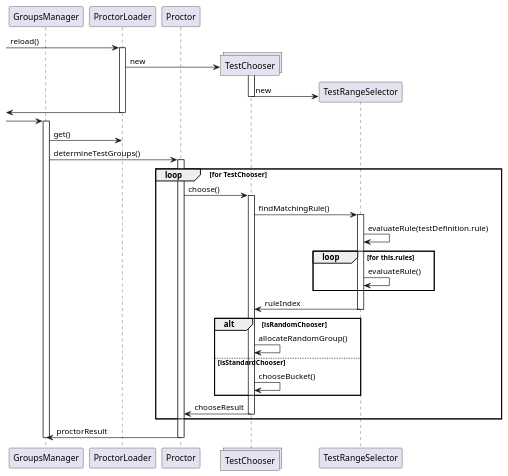
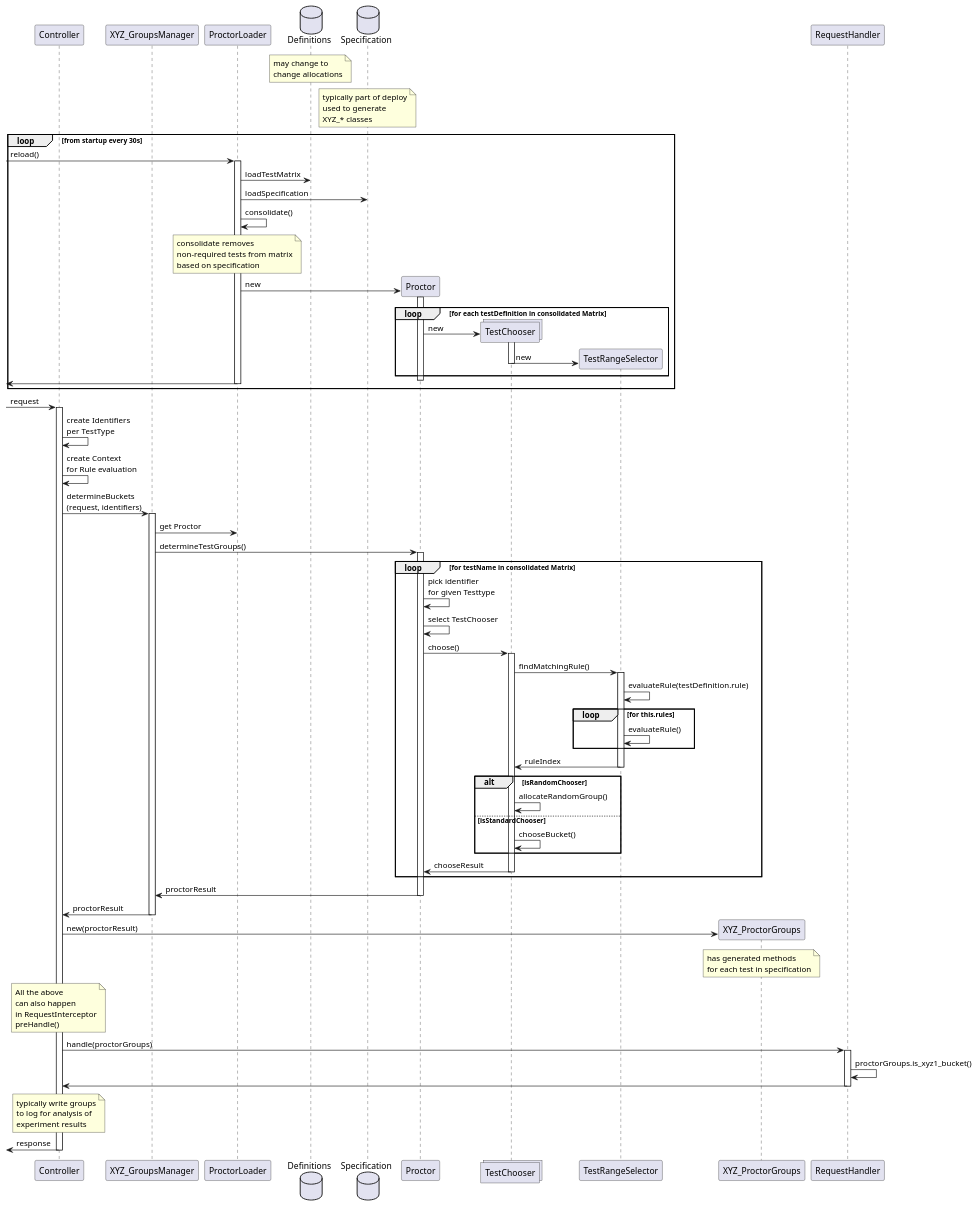
Before and after one commit to indeedeng/proctor: the diagram in proctor-common/docs/determineTestGroups.puml, drawn with PlantUML. The commit also changed 8 other files, not shown here.

```diff
--- a/proctor-common/docs/determineTestGroups.puml
+++ b/proctor-common/docs/determineTestGroups.puml
@@ -1,48 +1,86 @@
 @startuml
-participant GroupsManager
+participant Controller
+participant XYZ_GroupsManager
 participant ProctorLoader
+database Definitions
+note over Definitions: may change to\nchange allocations
+database Specification
+note over Specification: typically part of deploy\nused to generate\nXYZ_* classes
 participant Proctor
 collections TestChooser
 participant TestRangeSelector
+participant XYZ_ProctorGroups
+participant RequestHandler
 
--> ProctorLoader: reload()
-activate ProctorLoader
-  create TestChooser
-  ProctorLoader -> TestChooser: new
-  activate TestChooser
-    create TestRangeSelector
-    TestChooser -> TestRangeSelector:new
-  deactivate TestChooser
-  <- ProctorLoader
-deactivate ProctorLoader
+loop from startup every 30s
+  -> ProctorLoader: reload()
+  activate ProctorLoader
+    ProctorLoader -> Definitions: loadTestMatrix
+    ProctorLoader -> Specification: loadSpecification
+    ProctorLoader -> ProctorLoader: consolidate()
+    note over ProctorLoader: consolidate removes\nnon-required tests from matrix\nbased on specification
+    create Proctor
+    ProctorLoader -> Proctor: new
+    activate Proctor
+      loop for each testDefinition in consolidated Matrix
+        create TestChooser
+        Proctor -> TestChooser: new
+        activate TestChooser
+          create TestRangeSelector
+          TestChooser -> TestRangeSelector:new
+        deactivate TestChooser
+      end
+    deactivate Proctor
+    <- ProctorLoader
+  deactivate ProctorLoader
+end
 
--> GroupsManager
-activate GroupsManager
-GroupsManager -> ProctorLoader:get()
-GroupsManager -> Proctor:determineTestGroups()
+-> Controller: request
+activate Controller
+  Controller -> Controller:create Identifiers\nper TestType
+  Controller -> Controller:create Context\nfor Rule evaluation
+  Controller -> XYZ_GroupsManager:determineBuckets\n(request, identifiers)
+  activate XYZ_GroupsManager
+    XYZ_GroupsManager -> ProctorLoader:get Proctor
+    XYZ_GroupsManager -> Proctor:determineTestGroups()
 
-activate Proctor
-  loop for TestChooser
-    Proctor -> TestChooser:choose()
-    activate TestChooser
-      TestChooser -> TestRangeSelector:findMatchingRule()
-      activate TestRangeSelector
-        TestRangeSelector -> TestRangeSelector: evaluateRule(testDefinition.rule)
-        loop for this.rules
-          TestRangeSelector -> TestRangeSelector: evaluateRule()
-        end
-        TestChooser <- TestRangeSelector: ruleIndex
-      deactivate TestRangeSelector
-      alt isRandomChooser
-        TestChooser -> TestChooser:allocateRandomGroup()
-      else isStandardChooser
-      TestChooser -> TestChooser:chooseBucket()
+    activate Proctor
+      loop for testName in consolidated Matrix
+        Proctor -> Proctor: pick identifier\nfor given Testtype
+        Proctor -> Proctor: select TestChooser
+        Proctor -> TestChooser:choose()
+        activate TestChooser
+          TestChooser -> TestRangeSelector:findMatchingRule()
+          activate TestRangeSelector
+            TestRangeSelector -> TestRangeSelector: evaluateRule(testDefinition.rule)
+            loop for this.rules
+              TestRangeSelector -> TestRangeSelector: evaluateRule()
+            end
+            TestChooser <- TestRangeSelector: ruleIndex
+          deactivate TestRangeSelector
+          alt isRandomChooser
+            TestChooser -> TestChooser:allocateRandomGroup()
+          else isStandardChooser
+            TestChooser -> TestChooser:chooseBucket()
+          end
+          Proctor <- TestChooser: chooseResult
+        deactivate TestChooser
       end
-      Proctor <- TestChooser: chooseResult
-    deactivate TestChooser
-  end
-  GroupsManager <- Proctor: proctorResult
-deactivate Proctor
-deactivate GroupsManager
+      XYZ_GroupsManager <- Proctor: proctorResult
+    deactivate Proctor
+    Controller <- XYZ_GroupsManager: proctorResult
+  deactivate XYZ_GroupsManager
+  create XYZ_ProctorGroups
+  Controller -> XYZ_ProctorGroups:new(proctorResult)
+  note over XYZ_ProctorGroups: has generated methods\nfor each test in specification
+  note over Controller: All the above\ncan also happen\nin RequestInterceptor\npreHandle()
+  Controller -> RequestHandler: handle(proctorGroups)
+  activate RequestHandler
+    RequestHandler -> RequestHandler: proctorGroups.is_xyz1_bucket()
+    Controller <- RequestHandler
+  deactivate RequestHandler
+  note over Controller: typically write groups\nto log for analysis of\nexperiment results
+<- Controller: response
+deactivate Controller
 
 @enduml
```
